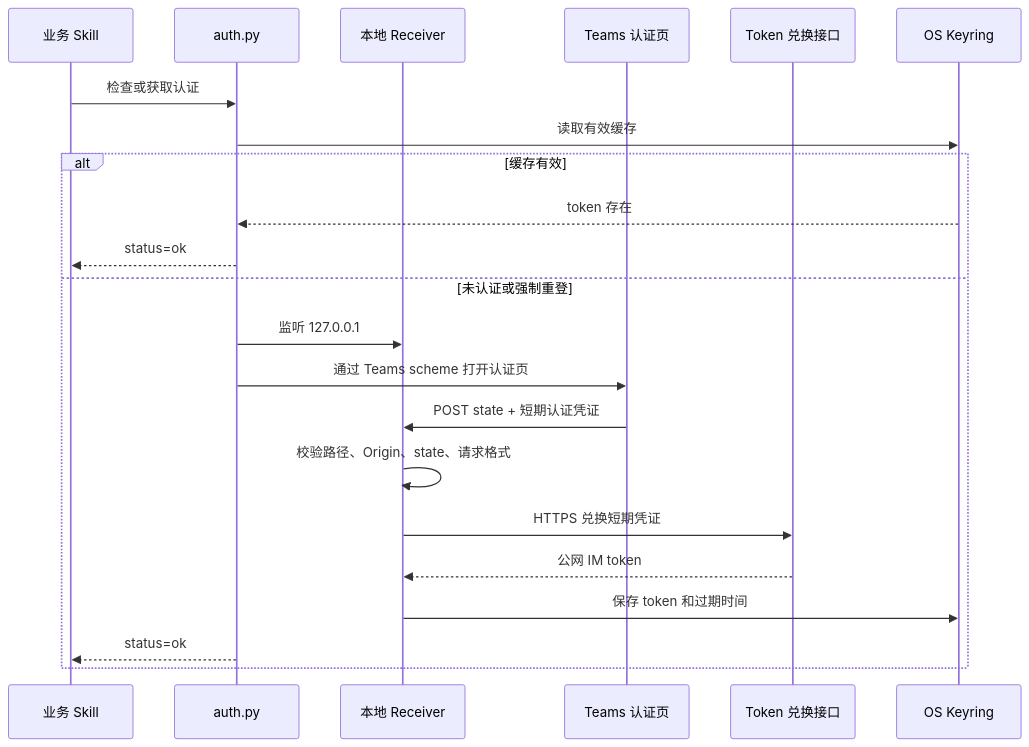
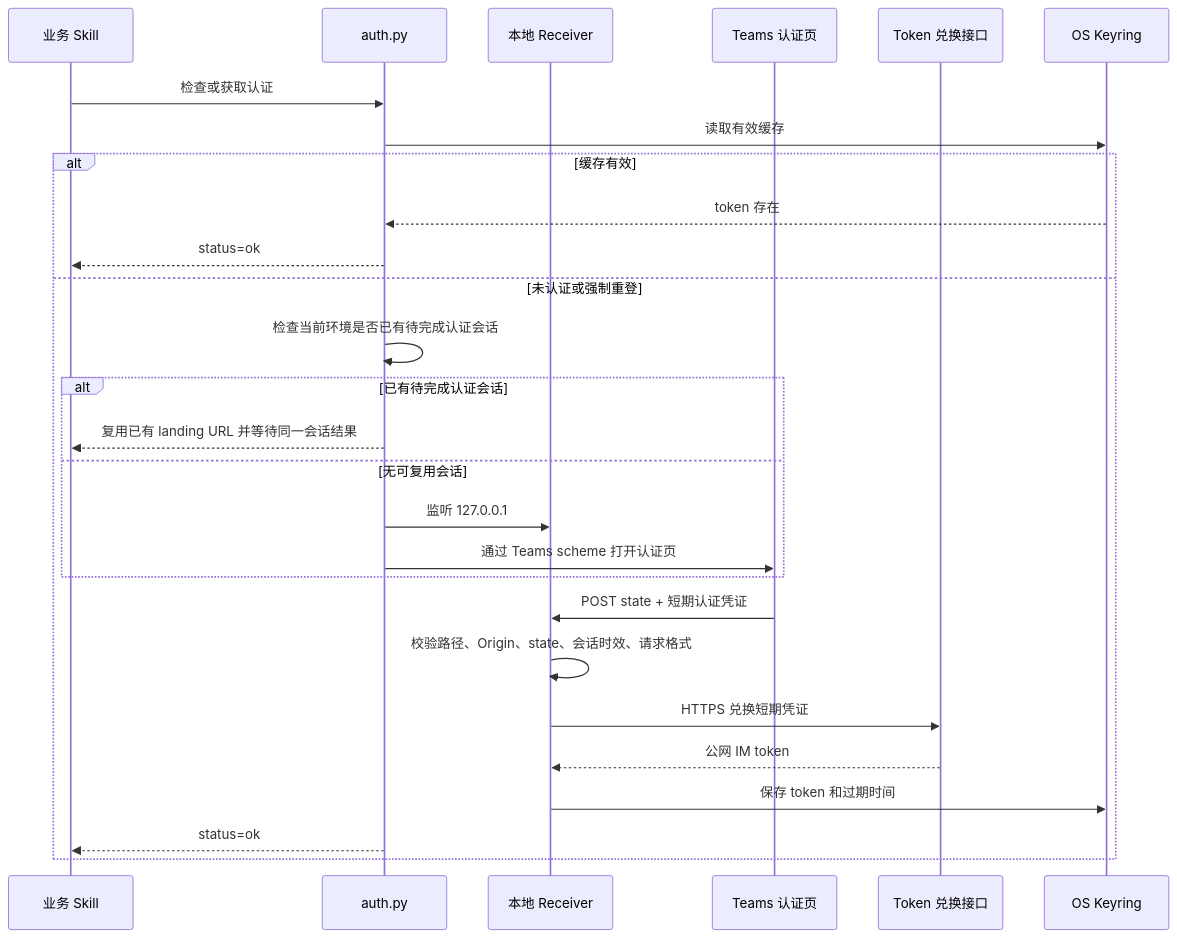
The diagram in im-teams-auth/docs/ARCHITECTURE.md (TinySing/codex-skills), drawn with Mermaid before and after one commit. The commit also changed other lines of this file and 5 other files, not shown here.

````diff
--- a/im-teams-auth/docs/ARCHITECTURE.md
+++ b/im-teams-auth/docs/ARCHITECTURE.md
@@ -49,25 +50,30 @@
 ```mermaid
 sequenceDiagram
   participant Caller as 业务 Skill
   participant Auth as auth.py
   participant Receiver as 本地 Receiver
   participant Teams as Teams 认证页
   participant Exchange as Token 兑换接口
   participant Keyring as OS Keyring
 
   Caller->>Auth: 检查或获取认证
   Auth->>Keyring: 读取有效缓存
   alt 缓存有效
     Keyring-->>Auth: token 存在
     Auth-->>Caller: status=ok
   else 未认证或强制重登
-    Auth->>Receiver: 监听 127.0.0.1
-    Auth->>Teams: 通过 Teams scheme 打开认证页
+    Auth->>Auth: 检查当前环境是否已有待完成认证会话
+    alt 已有待完成认证会话
+      Auth-->>Caller: 复用已有 landing URL 并等待同一会话结果
+    else 无可复用会话
+      Auth->>Receiver: 监听 127.0.0.1
+      Auth->>Teams: 通过 Teams scheme 打开认证页
+    end
     Teams->>Receiver: POST state + 短期认证凭证
-    Receiver->>Receiver: 校验路径、Origin、state、请求格式
+    Receiver->>Receiver: 校验路径、Origin、state、会话时效、请求格式
     Receiver->>Exchange: HTTPS 兑换短期凭证
     Exchange-->>Receiver: 公网 IM token
     Receiver->>Keyring: 保存 token 和过期时间
     Auth-->>Caller: status=ok
   end
 ```
````
